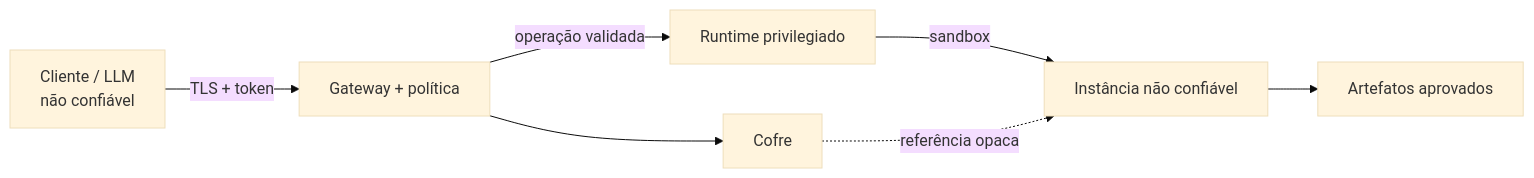
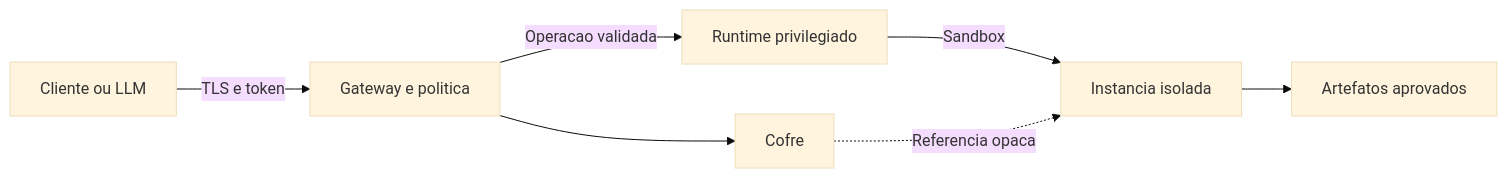
One commit to zarigata/double-agent changed the sixth of 7 diagrams in README.md. Above: the diagram before and after it, drawn with Mermaid (base theme). The commit also changed other lines of this file, not shown here.

Commit message:
docs: fix GitHub Mermaid rendering

````diff
--- a/README.md
+++ b/README.md
@@ -321,9 +321,9 @@
 ```mermaid
 flowchart LR
-    U[Cliente / LLM<br/>não confiável] -->|TLS + token| P[Gateway + política]
-    P -->|operação validada| R[Runtime privilegiado]
-    R -->|sandbox| I[Instância não confiável]
+    U["Cliente ou LLM"] -->|"TLS e token"| P["Gateway e politica"]
+    P -->|"Operacao validada"| R["Runtime privilegiado"]
+    R -->|"Sandbox"| I["Instancia isolada"]
     P --> V[Cofre]
-    V -. referência opaca .-> I
-    I --> A[Artefatos aprovados]
+    V -.->|"Referencia opaca"| I
+    I --> A["Artefatos aprovados"]
 ```
````
